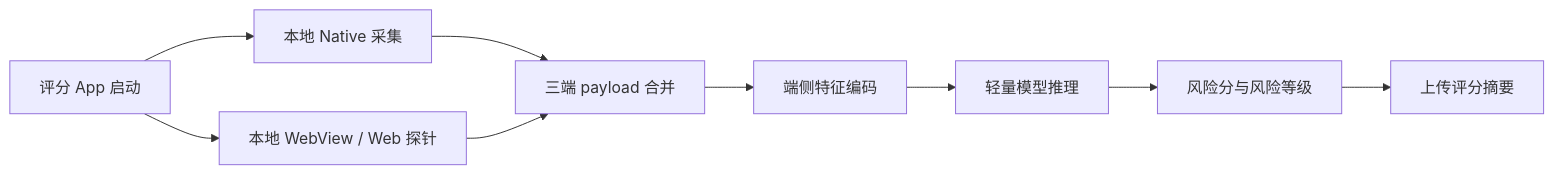
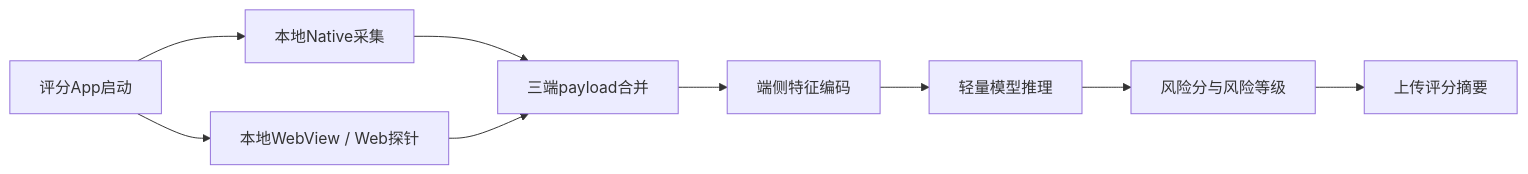
The third of 4 diagrams in thesis_materials/chapter2_system_design.md (Xavi-L/RBA-Cross-Device-Fingerprint), drawn with Mermaid before and after one commit. The commit also changed other lines of this file and 28 other files, not shown here.

````diff
--- a/thesis_materials/chapter2_system_design.md
+++ b/thesis_materials/chapter2_system_design.md
@@ -151,15 +151,15 @@
 ```mermaid
 flowchart LR
-    A["评分 App 启动"]
-    B["本地 Native 采集"]
-    C["本地 WebView / Web 探针"]
-    D["三端 payload 合并"]
+    A["评分App启动"]
+    B["本地Native采集"]
+    C["本地WebView / Web探针"]
+    D["三端payload合并"]
     E["端侧特征编码"]
     F["轻量模型推理"]
     G["风险分与风险等级"]
     H["上传评分摘要"]
 
     A --> B --> D
     A --> C --> D
     D --> E --> F --> G --> H
 ```
````
